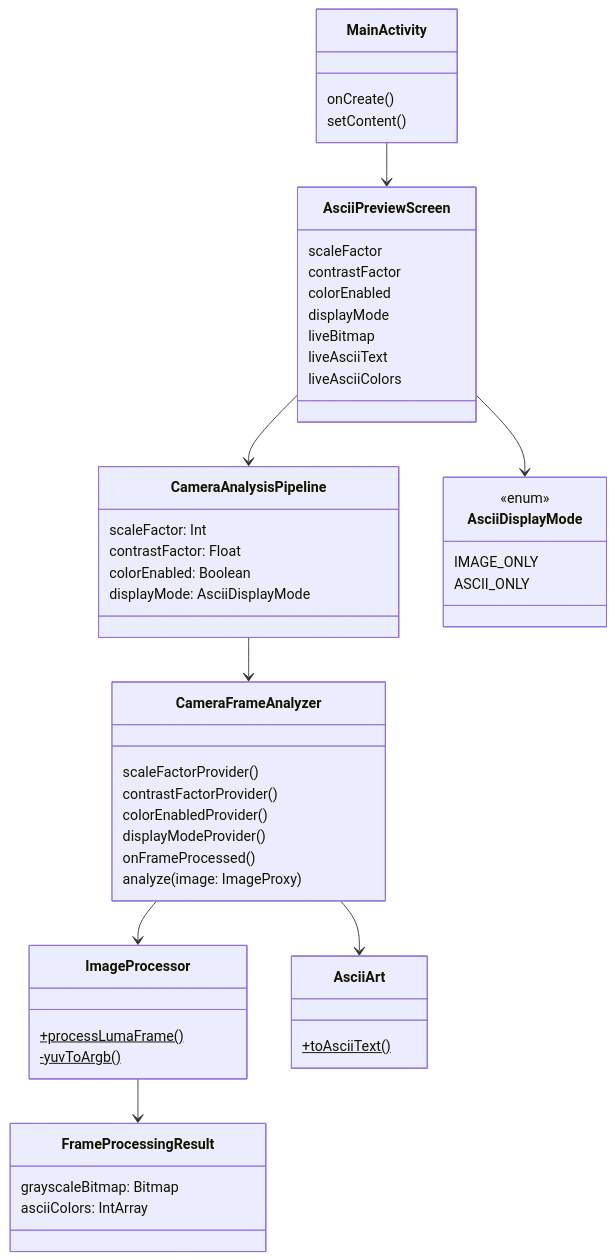
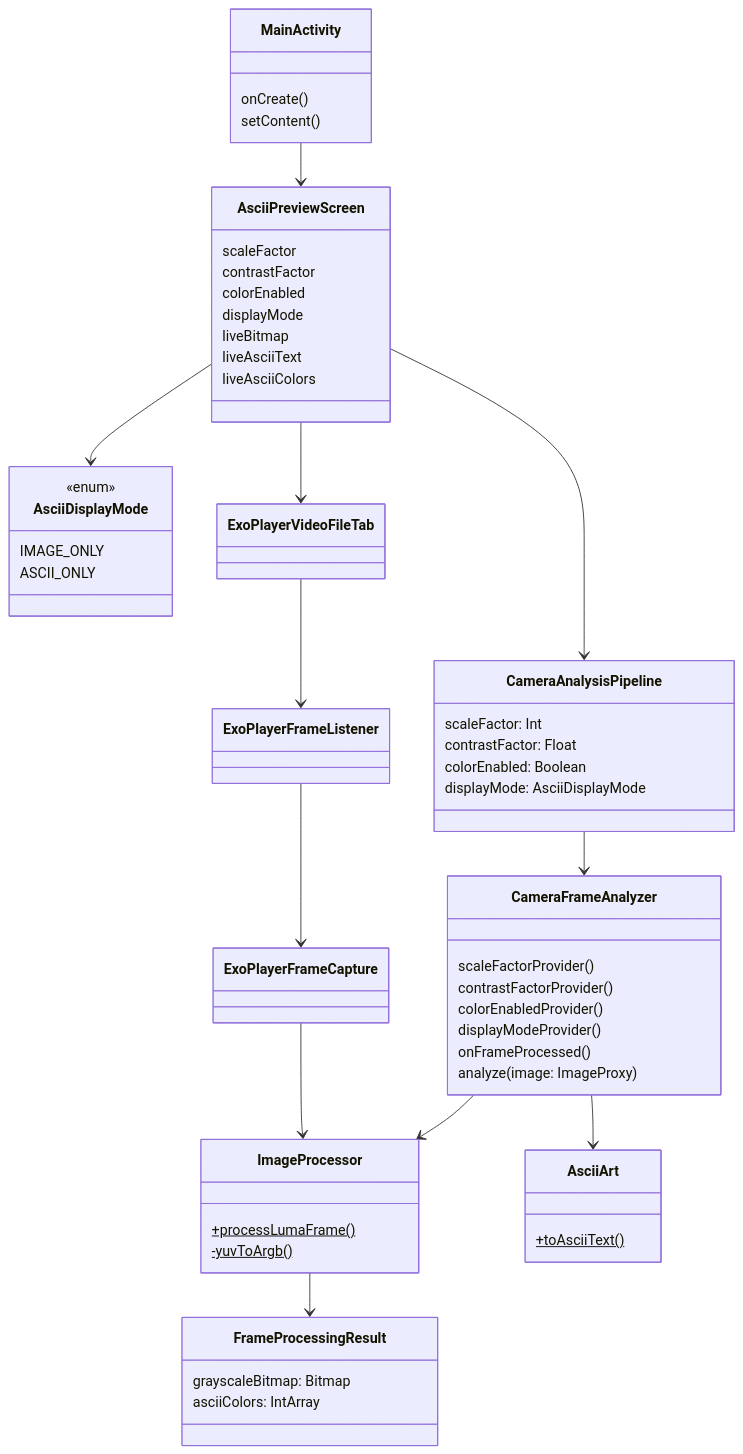
One commit to replicant1/AsciiArt changed the third of 5 diagrams in README.md. Above: the diagram before and after it, drawn with Mermaid. The commit also changed other lines of this file and 4 other files, not shown here.

First line of the commit message:
Docs: Update README and architecture diagrams for video file feature

````diff
--- a/README.md
+++ b/README.md
@@ -109,61 +131,65 @@
 ```mermaid
 classDiagram
     class MainActivity {
         onCreate()
         setContent()
     }
     
     class AsciiPreviewScreen {
         scaleFactor
         contrastFactor
         colorEnabled
         displayMode
         liveBitmap
         liveAsciiText
         liveAsciiColors
     }
     
     class CameraAnalysisPipeline {
         scaleFactor: Int
         contrastFactor: Float
         colorEnabled: Boolean
         displayMode: AsciiDisplayMode
     }
     
     class CameraFrameAnalyzer {
         scaleFactorProvider()
         contrastFactorProvider()
         colorEnabledProvider()
         displayModeProvider()
         onFrameProcessed()
         analyze(image: ImageProxy)
     }
     
     class ImageProcessor {
         +processLumaFrame()$
         -yuvToArgb()$
     }
     
     class FrameProcessingResult {
         grayscaleBitmap: Bitmap
         asciiColors: IntArray
     }
     
     class AsciiArt {
         +toAsciiText()$
     }
     
     class AsciiDisplayMode {
         <<enum>>
         IMAGE_ONLY
         ASCII_ONLY
     }
     
     MainActivity --> AsciiPreviewScreen
     AsciiPreviewScreen --> CameraAnalysisPipeline
     CameraAnalysisPipeline --> CameraFrameAnalyzer
     CameraFrameAnalyzer --> ImageProcessor
     ImageProcessor --> FrameProcessingResult
     CameraFrameAnalyzer --> AsciiArt
     AsciiPreviewScreen --> AsciiDisplayMode
+    AsciiPreviewScreen --> ExoPlayerVideoFileTab
+    ExoPlayerVideoFileTab --> ExoPlayerFrameListener
+    ExoPlayerFrameListener --> ExoPlayerFrameCapture
+    ExoPlayerFrameCapture --> ImageProcessor
 ```
````
